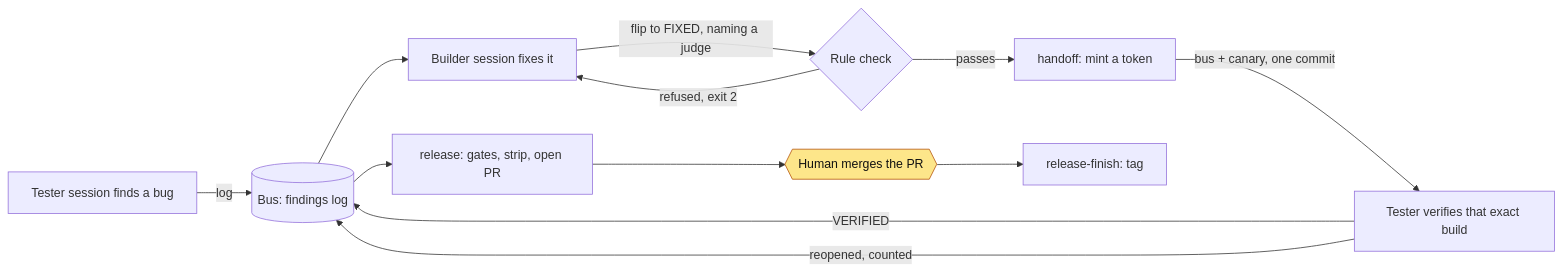
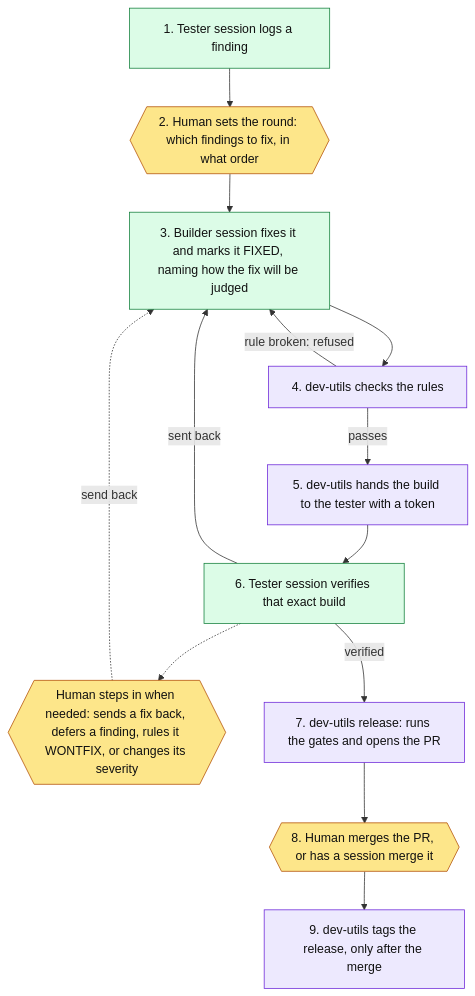
One commit to BradleyDB/showcase changed the diagram in dev-utils/README.md. Above: the diagram before and after it, drawn with Mermaid. The commit also changed other lines of this file and 1 other file, not shown here.

Commit message:
dev-utils diagram: numbered loop showing where a person steers it
Human steps are third person, and a merge is done by a person or by a session on
their say-so, on every page.

````diff
--- a/dev-utils/README.md
+++ b/dev-utils/README.md
@@ -72,16 +72,28 @@
 ```mermaid
-flowchart LR
-  tester[Tester session finds a bug] -->|log| bus[("Bus: findings log")]
-  bus --> builder[Builder session fixes it]
-  builder -->|flip to FIXED, naming a judge| rules{"Rule check"}
-  rules -->|refused, exit 2| builder
-  rules -->|passes| handoff["handoff: mint a token"]
-  handoff -->|bus + canary, one commit| verify[Tester verifies that exact build]
-  verify -->|VERIFIED| bus
-  verify -->|reopened, counted| bus
-  bus --> release["release: gates, strip, open PR"]
-  release --> merge{{"Human merges the PR"}}
-  merge --> tag["release-finish: tag"]
+flowchart TD
+  logFinding["1. Tester session logs a finding"]
+  setRound{{"2. Human sets the round: which findings to fix, in what order"}}
+  fix["3. Builder session fixes it and marks it FIXED, naming how the fix will be judged"]
+  rules["4. dev-utils checks the rules"]
+  handoff["5. dev-utils hands the build to the tester with a token"]
+  verify["6. Tester session verifies that exact build"]
+  steer{{"Human steps in when needed: sends a fix back, defers a finding, rules it WONTFIX, or changes its severity"}}
+  release["7. dev-utils release: runs the gates and opens the PR"]
+  merge{{"8. Human merges the PR, or has a session merge it"}}
+  tag["9. dev-utils tags the release, only after the merge"]
+
+  logFinding --> setRound --> fix --> rules
+  rules -->|"rule broken: refused"| fix
+  rules -->|passes| handoff --> verify
+  verify -->|"sent back"| fix
+  verify -.-> steer
+  steer -.->|"send back"| fix
+  verify -->|"verified"| release --> merge --> tag
+
+  classDef session fill:#dcfce7,stroke:#15803d,color:#111;
+  classDef devutils fill:#ede9fe,stroke:#6d28d9,color:#111;
   classDef human fill:#fde68a,stroke:#b45309,color:#111;
-  class merge human;
+  class logFinding,fix,verify session;
+  class rules,handoff,release,tag devutils;
+  class setRound,steer,merge human;
 ```
````
